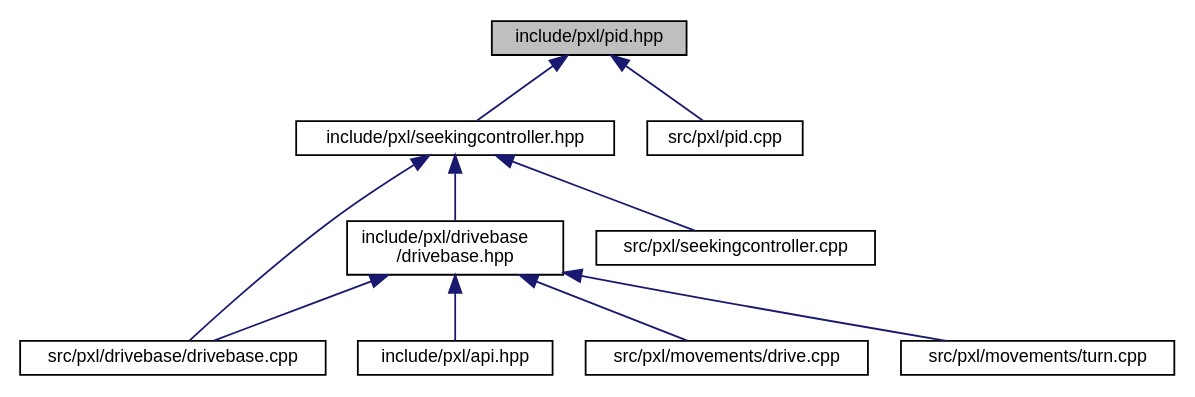
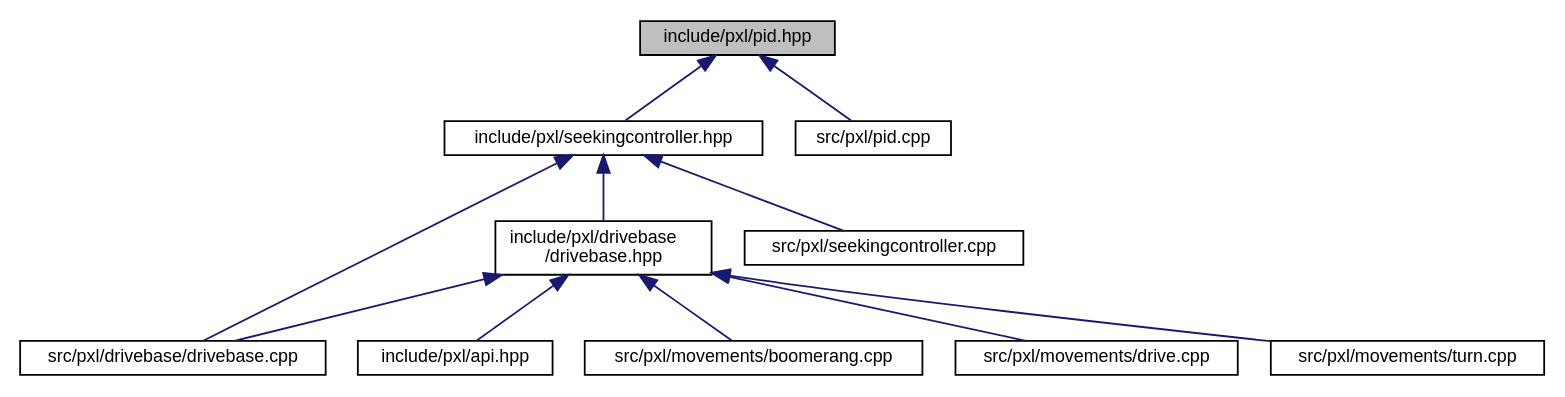
The diagram in pid_8hpp__dep__incl.dot (Pixel-Lib/Pixel), drawn with Graphviz before and after one commit. The commit also changed 250 other files, not shown here.

```diff
--- a/pid_8hpp__dep__incl.dot
+++ b/pid_8hpp__dep__incl.dot
@@ -1,24 +1,26 @@
 digraph "include/pxl/pid.hpp"
 {
  // LATEX_PDF_SIZE
   edge [fontname="Helvetica",fontsize="10",labelfontname="Helvetica",labelfontsize="10"];
   node [fontname="Helvetica",fontsize="10",shape=record];
   Node1 [label="include/pxl/pid.hpp",height=0.2,width=0.4,color="black", fillcolor="grey75", style="filled", fontcolor="black",tooltip=" "];
   Node1 -> Node2 [dir="back",color="midnightblue",fontsize="10",style="solid",fontname="Helvetica"];
   Node2 [label="include/pxl/seekingcontroller.hpp",height=0.2,width=0.4,color="black", fillcolor="white", style="filled",URL="$seekingcontroller_8hpp.html",tooltip=" "];
   Node2 -> Node3 [dir="back",color="midnightblue",fontsize="10",style="solid",fontname="Helvetica"];
   Node3 [label="include/pxl/drivebase\l/drivebase.hpp",height=0.2,width=0.4,color="black", fillcolor="white", style="filled",URL="$drivebase_8hpp.html",tooltip=" "];
   Node3 -> Node4 [dir="back",color="midnightblue",fontsize="10",style="solid",fontname="Helvetica"];
   Node4 [label="include/pxl/api.hpp",height=0.2,width=0.4,color="black", fillcolor="white", style="filled",URL="$api_8hpp.html",tooltip=" "];
   Node3 -> Node5 [dir="back",color="midnightblue",fontsize="10",style="solid",fontname="Helvetica"];
   Node5 [label="src/pxl/drivebase/drivebase.cpp",height=0.2,width=0.4,color="black", fillcolor="white", style="filled",URL="$drivebase_8cpp.html",tooltip=" "];
   Node3 -> Node6 [dir="back",color="midnightblue",fontsize="10",style="solid",fontname="Helvetica"];
-  Node6 [label="src/pxl/movements/drive.cpp",height=0.2,width=0.4,color="black", fillcolor="white", style="filled",URL="$drive_8cpp.html",tooltip=" "];
+  Node6 [label="src/pxl/movements/boomerang.cpp",height=0.2,width=0.4,color="black", fillcolor="white", style="filled",URL="$boomerang_8cpp.html",tooltip=" "];
   Node3 -> Node7 [dir="back",color="midnightblue",fontsize="10",style="solid",fontname="Helvetica"];
-  Node7 [label="src/pxl/movements/turn.cpp",height=0.2,width=0.4,color="black", fillcolor="white", style="filled",URL="$turn_8cpp.html",tooltip=" "];
+  Node7 [label="src/pxl/movements/drive.cpp",height=0.2,width=0.4,color="black", fillcolor="white", style="filled",URL="$drive_8cpp.html",tooltip=" "];
+  Node3 -> Node8 [dir="back",color="midnightblue",fontsize="10",style="solid",fontname="Helvetica"];
+  Node8 [label="src/pxl/movements/turn.cpp",height=0.2,width=0.4,color="black", fillcolor="white", style="filled",URL="$turn_8cpp.html",tooltip=" "];
   Node2 -> Node5 [dir="back",color="midnightblue",fontsize="10",style="solid",fontname="Helvetica"];
-  Node2 -> Node8 [dir="back",color="midnightblue",fontsize="10",style="solid",fontname="Helvetica"];
-  Node8 [label="src/pxl/seekingcontroller.cpp",height=0.2,width=0.4,color="black", fillcolor="white", style="filled",URL="$seekingcontroller_8cpp.html",tooltip=" "];
-  Node1 -> Node9 [dir="back",color="midnightblue",fontsize="10",style="solid",fontname="Helvetica"];
-  Node9 [label="src/pxl/pid.cpp",height=0.2,width=0.4,color="black", fillcolor="white", style="filled",URL="$pid_8cpp.html",tooltip=" "];
+  Node2 -> Node9 [dir="back",color="midnightblue",fontsize="10",style="solid",fontname="Helvetica"];
+  Node9 [label="src/pxl/seekingcontroller.cpp",height=0.2,width=0.4,color="black", fillcolor="white", style="filled",URL="$seekingcontroller_8cpp.html",tooltip=" "];
+  Node1 -> Node10 [dir="back",color="midnightblue",fontsize="10",style="solid",fontname="Helvetica"];
+  Node10 [label="src/pxl/pid.cpp",height=0.2,width=0.4,color="black", fillcolor="white", style="filled",URL="$pid_8cpp.html",tooltip=" "];
 }
```
